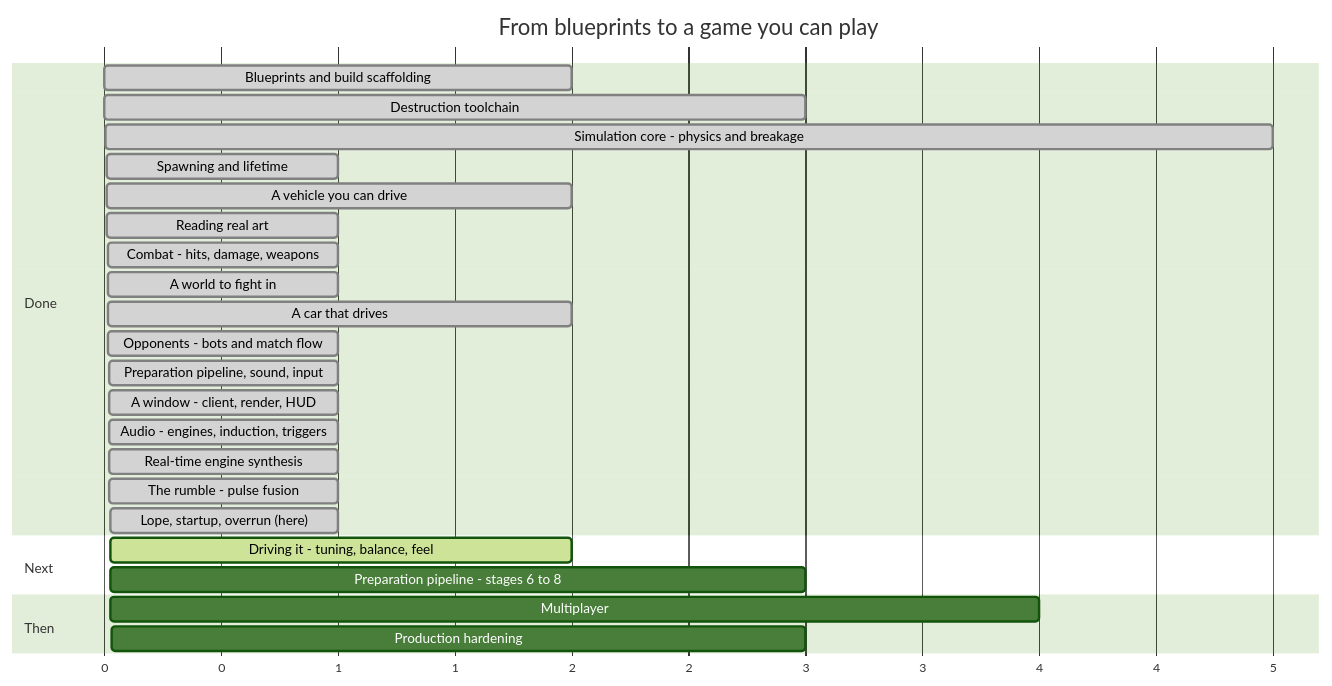
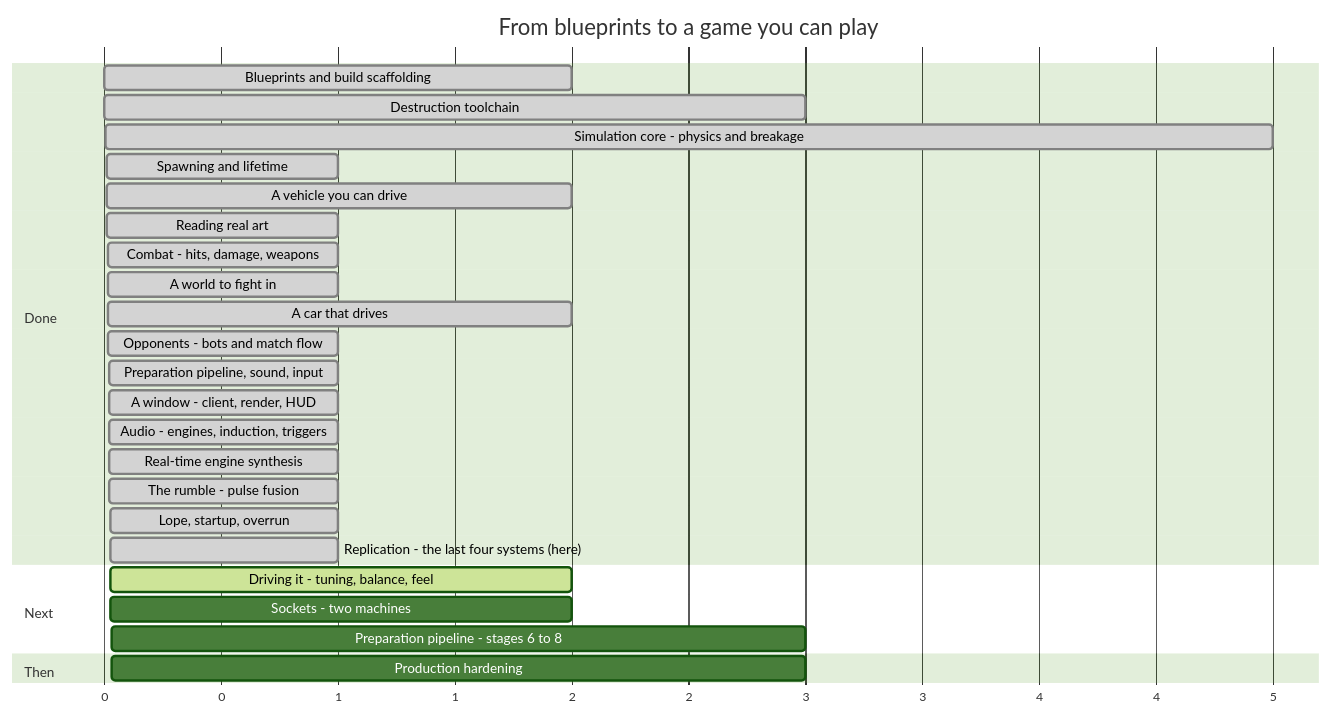
The diagram in ROADMAP.md (RobLobsta/Syndicate), drawn with Mermaid (forest theme) before and after one commit. The commit also changed other lines of this file and 52 other files, not shown here.

First line of the commit message:
The last four systems: a match two machines could share

````diff
--- a/ROADMAP.md
+++ b/ROADMAP.md
@@ -18,32 +19,33 @@
 ```mermaid
 gantt
     title From blueprints to a game you can play
     dateFormat X
     axisFormat %s
 
     section Done
     Blueprints and build scaffolding        :done, p0, 0, 2
     Destruction toolchain                   :done, p1, 2, 3
     Simulation core - physics and breakage   :done, p2, 5, 5
     Spawning and lifetime                   :done, p3, 10, 1
     A vehicle you can drive                 :done, p4, 11, 2
     Reading real art                        :done, p6a, 13, 1
     Combat - hits, damage, weapons          :done, p5, 14, 1
     A world to fight in                     :done, p6, 15, 1
     A car that drives                       :done, p6b, 16, 2
     Opponents - bots and match flow         :done, p8, 18, 1
     Preparation pipeline, sound, input      :done, p6c, 19, 1
     A window - client, render, HUD          :done, p7, 20, 1
     Audio - engines, induction, triggers    :done, p7b, 21, 1
     Real-time engine synthesis              :done, p7c, 22, 1
     The rumble - pulse fusion               :done, p7d, 23, 1
-    Lope, startup, overrun (here)           :done, p7e, 24, 1
+    Lope, startup, overrun                  :done, p7e, 24, 1
+    Replication - the last four systems (here) :done, p9a, 25, 1
 
     section Next
-    Driving it - tuning, balance, feel      :active, p11, 25, 2
-    Preparation pipeline - stages 6 to 8    :p6d, 26, 3
+    Driving it - tuning, balance, feel      :active, p11, 26, 2
+    Sockets - two machines                  :p9b, 28, 2
+    Preparation pipeline - stages 6 to 8    :p6d, 30, 3
 
     section Then
-    Multiplayer                             :p9, 28, 4
-    Production hardening                    :p10, 32, 3
+    Production hardening                    :p10, 33, 3
 ```
````
